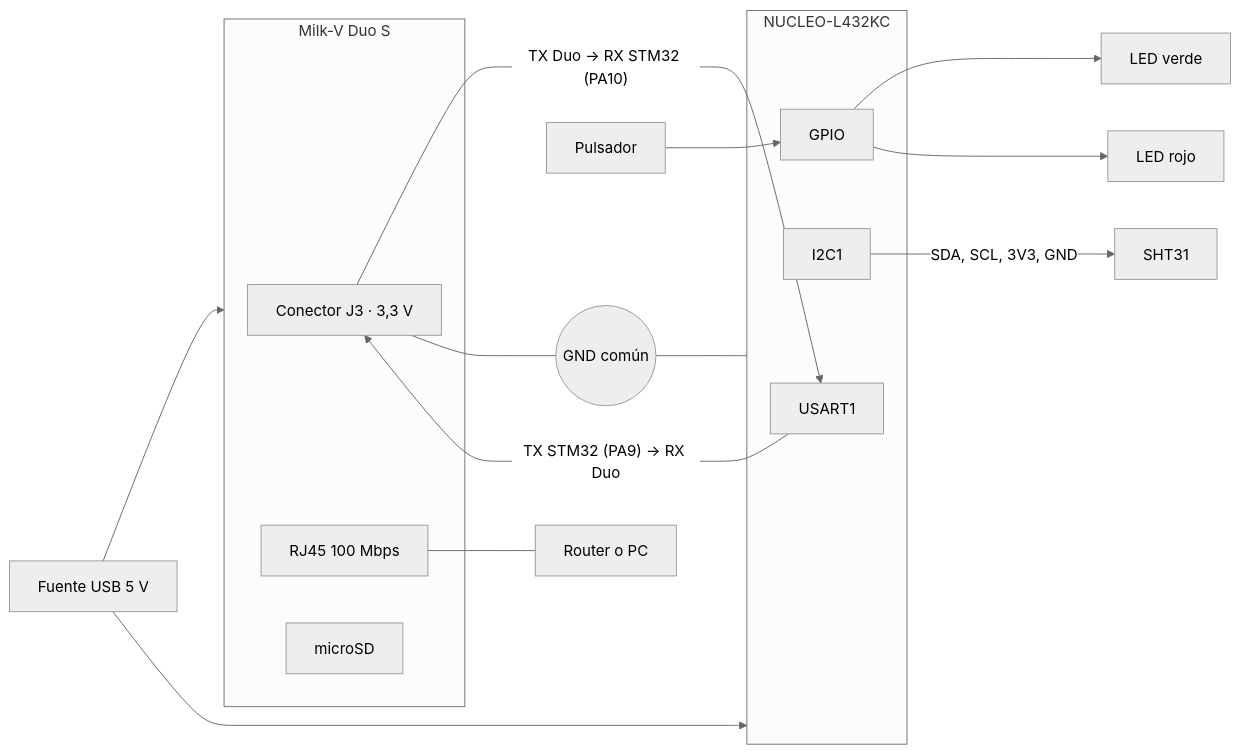
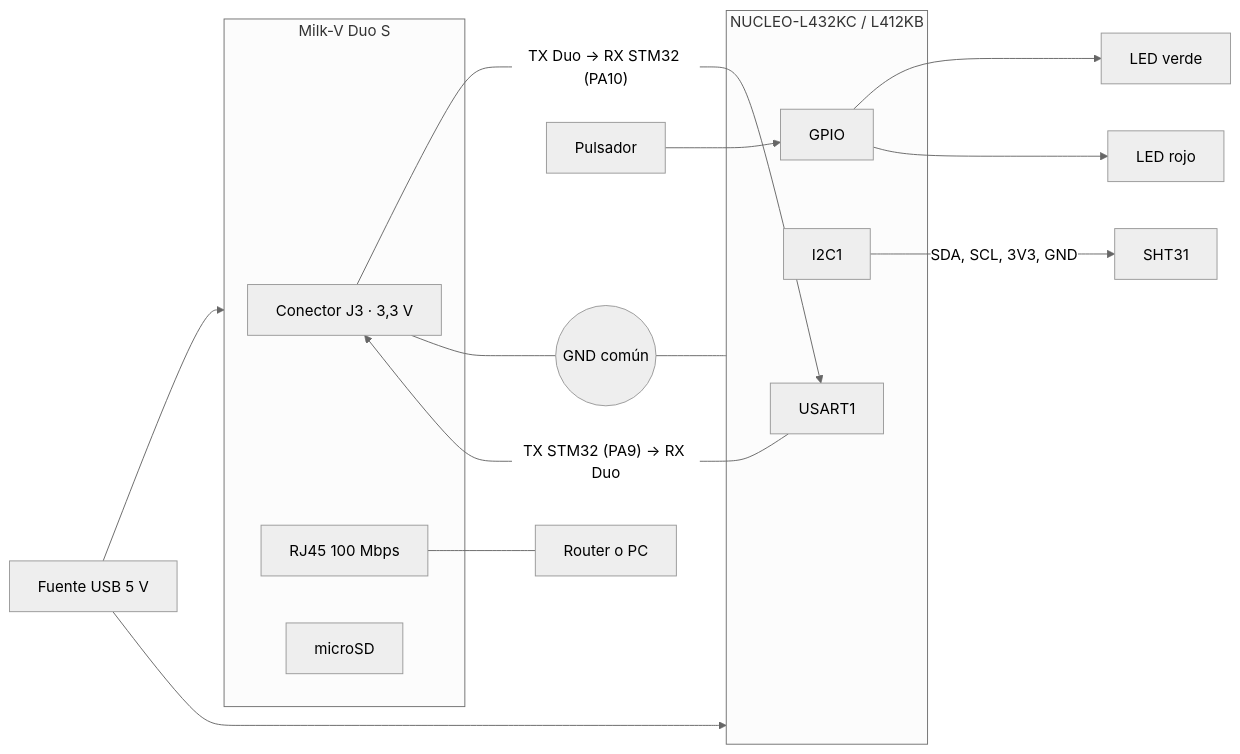
One commit to anhenaobe/smart-environmental-monitoring-system changed the second of 9 diagrams in docs/arquitectura.md. Above: the diagram before and after it, drawn with Mermaid (neutral theme). The commit also changed other lines of this file and 28 other files, not shown here.

````diff
--- a/docs/arquitectura.md
+++ b/docs/arquitectura.md
@@ -63,23 +63,23 @@
 ```mermaid
 flowchart LR
     PSU["Fuente USB 5 V"] --> DUO
     PSU --> NUC
     subgraph DUO["Milk-V Duo S"]
         J3["Conector J3 · 3,3 V"]
         ETH["RJ45 100 Mbps"]
         SD["microSD"]
     end
-    subgraph NUC["NUCLEO-L432KC"]
+    subgraph NUC["NUCLEO-L432KC / L412KB"]
         U1["USART1"]
         I2C1["I2C1"]
         GPIO["GPIO"]
     end
     J3 -- "TX Duo → RX STM32 (PA10)" --> U1
     U1 -- "TX STM32 (PA9) → RX Duo" --> J3
     J3 --- GND((GND común)) --- NUC
     I2C1 -- "SDA, SCL, 3V3, GND" --> SHT["SHT31"]
     GPIO --> LEDV["LED verde"]
     GPIO --> LEDR["LED rojo"]
     BTN["Pulsador"] --> GPIO
     ETH --- RED["Router o PC"]
 ```
````
